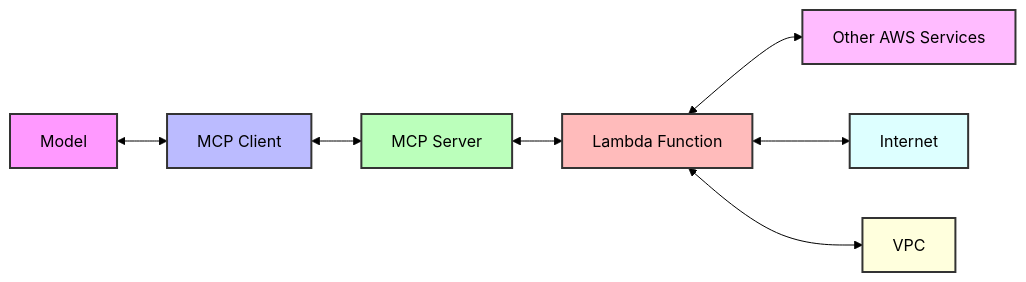
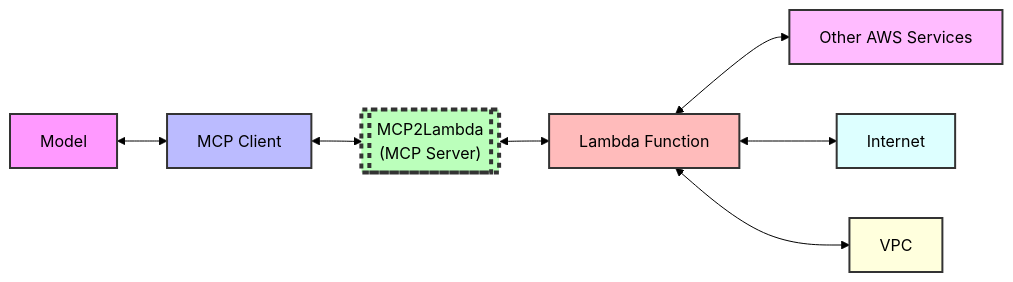
Before and after one commit to danilop/MCP2Lambda: the diagram in README.md, drawn with Mermaid (forest theme).

Commit message:
Added sample MCP client using Amazon Bedrock with the Converse API.

````diff
--- a/README.md
+++ b/README.md
@@ -5,17 +5,17 @@
 ```mermaid
 graph LR
     A[Model] <--> B[MCP Client]
-    B <--> C[MCP Server]
+    B <--> C[["MCP2Lambda<br>(MCP Server)"]]
     C <--> D[Lambda Function]
     D <--> E[Other AWS Services]
     D <--> F[Internet]
     D <--> G[VPC]
     
     style A fill:#f9f,stroke:#333,stroke-width:2px
     style B fill:#bbf,stroke:#333,stroke-width:2px
-    style C fill:#bfb,stroke:#333,stroke-width:2px
+    style C fill:#bfb,stroke:#333,stroke-width:4px,stroke-dasharray: 5 5
     style D fill:#fbb,stroke:#333,stroke-width:2px
     style E fill:#fbf,stroke:#333,stroke-width:2px
     style F fill:#dff,stroke:#333,stroke-width:2px
     style G fill:#ffd,stroke:#333,stroke-width:2px
 ```
````
